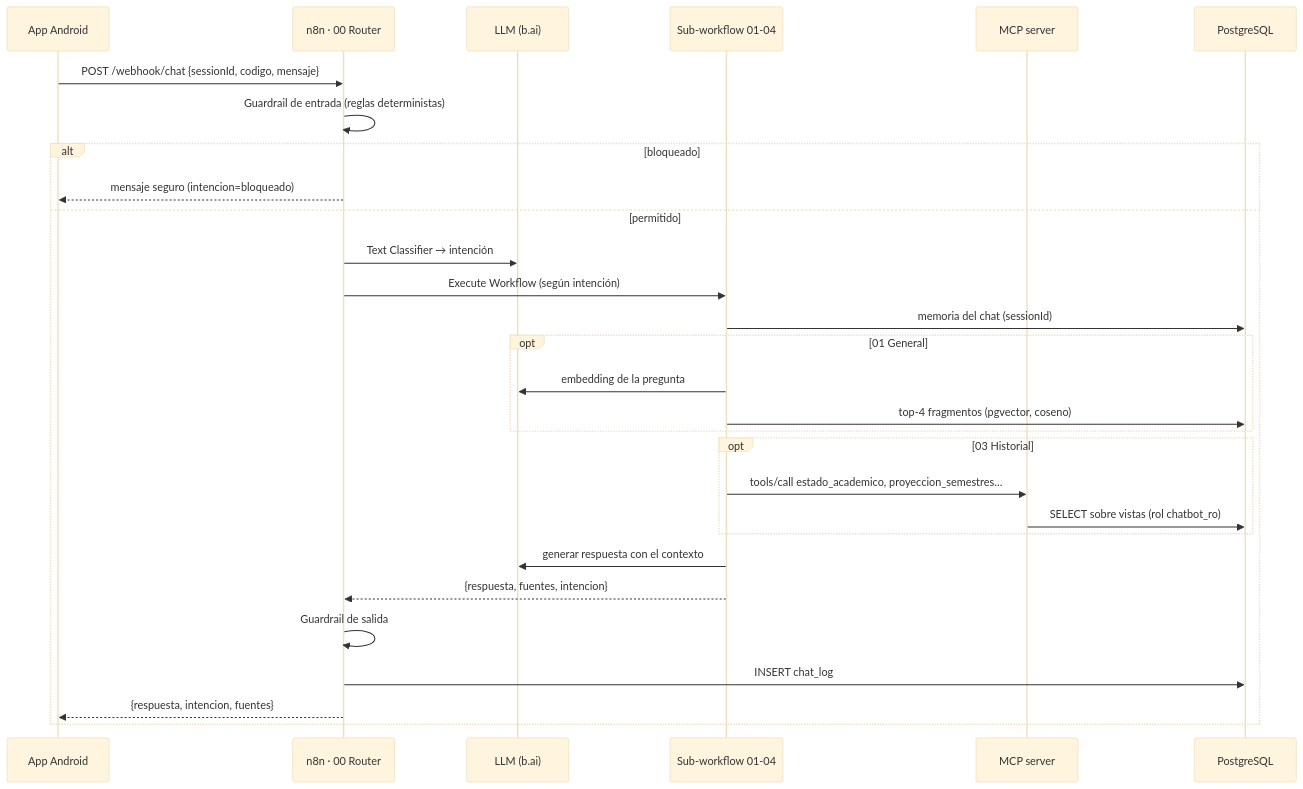
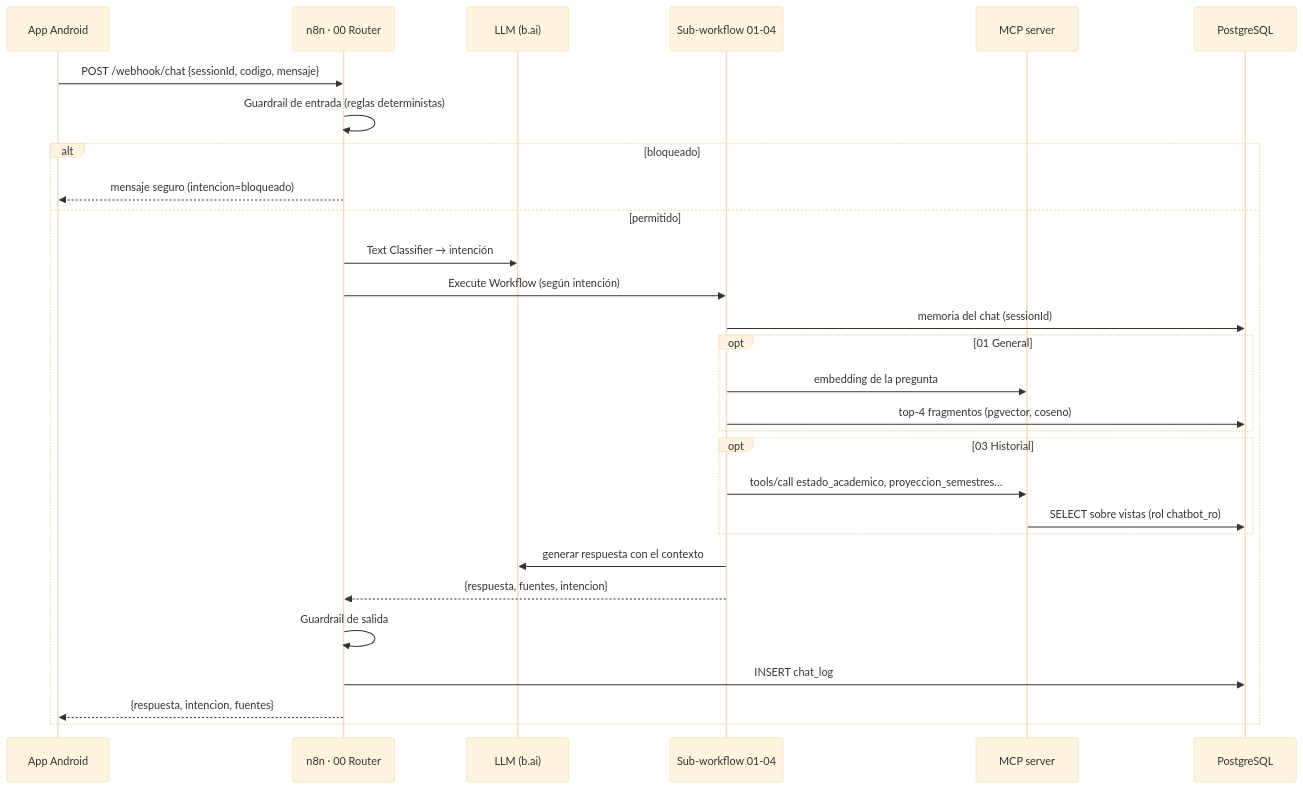
Before and after one commit to Joserraldo/chatbot-academico-unab: the diagram in docs/ARQUITECTURA.md, drawn with Mermaid (base theme). The commit also changed other lines of this file and 38 other files, not shown here.

````diff
--- a/docs/ARQUITECTURA.md
+++ b/docs/ARQUITECTURA.md
@@ -19,31 +19,31 @@
 ```mermaid
 sequenceDiagram
   participant App as App Android
   participant R as n8n · 00 Router
   participant LLM as LLM (b.ai)
   participant Sub as Sub-workflow 01-04
   participant MCP as MCP server
   participant DB as PostgreSQL
   App->>R: POST /webhook/chat {sessionId, codigo, mensaje}
   R->>R: Guardrail de entrada (reglas deterministas)
   alt bloqueado
     R-->>App: mensaje seguro (intencion=bloqueado)
   else permitido
     R->>LLM: Text Classifier → intención
     R->>Sub: Execute Workflow (según intención)
     Sub->>DB: memoria del chat (sessionId)
     opt 01 General
-      Sub->>LLM: embedding de la pregunta
+      Sub->>MCP: embedding de la pregunta
       Sub->>DB: top-4 fragmentos (pgvector, coseno)
     end
     opt 03 Historial
       Sub->>MCP: tools/call estado_academico, proyeccion_semestres…
       MCP->>DB: SELECT sobre vistas (rol chatbot_ro)
     end
     Sub->>LLM: generar respuesta con el contexto
     Sub-->>R: {respuesta, fuentes, intencion}
     R->>R: Guardrail de salida
     R->>DB: INSERT chat_log
     R-->>App: {respuesta, intencion, fuentes}
   end
 ```
````
